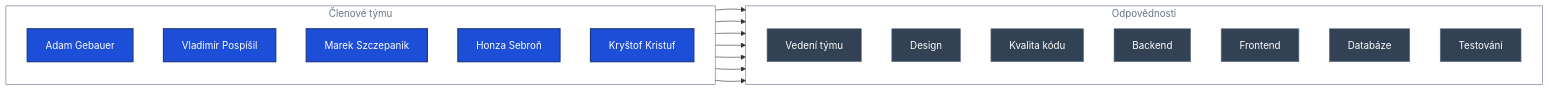
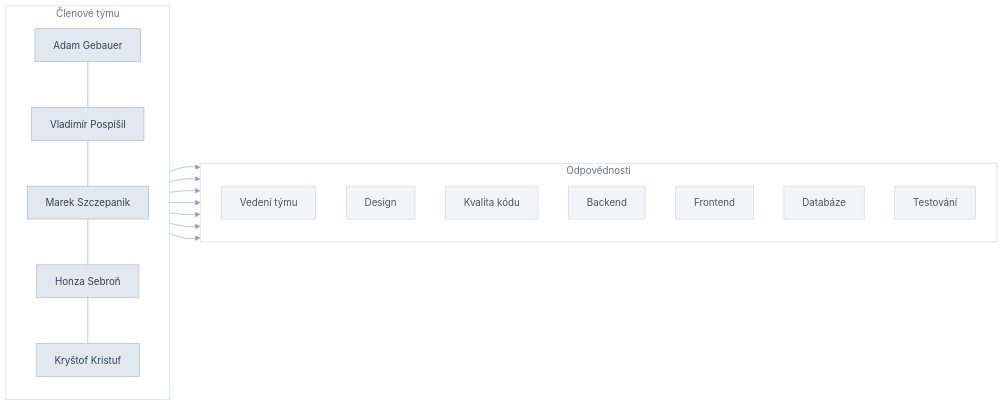
Before and after one commit to KulisciOsu/StudentFlow: the diagram in README.md, drawn with Mermaid.

Commit message:
Revise team roles and update styling in README
Updated styles and responsibilities in the README.

````diff
--- a/README.md
+++ b/README.md
@@ -13,39 +13,46 @@
 ```mermaid
 flowchart LR
     subgraph TEAM["Členové týmu"]
         direction TB
         A["Adam Gebauer"]
         V["Vladimír Pospíšil"]
         M["Marek Szczepanik"]
         H["Honza Sebroň"]
         K["Kryštof Kristuf"]
+
+        A ~~~ V
+        V ~~~ M
+        M ~~~ H
+        H ~~~ K
     end
 
     subgraph RESPONSIBILITIES["Odpovědnosti"]
         direction TB
         LEAD["Vedení týmu"]
         DESIGN["Design"]
         QUALITY["Kvalita kódu"]
         BACKEND["Backend"]
         FRONTEND["Frontend"]
         DATABASE["Databáze"]
         TESTING["Testování"]
     end
 
     A --> LEAD
     A --> DESIGN
     V --> QUALITY
     M --> BACKEND
     M --> FRONTEND
     H --> DATABASE
     K --> TESTING
 
-    classDef person fill:#1d4ed8,stroke:#1e3a8a,color:#ffffff,stroke-width:2px
-    classDef responsibility fill:#334155,stroke:#64748b,color:#ffffff,stroke-width:1px
+    classDef person fill:#e2e8f0,stroke:#a8b5c5,color:#334155,stroke-width:1px
+    classDef responsibility fill:#f1f5f9,stroke:#cbd5e1,color:#475569,stroke-width:1px
 
     class A,V,M,H,K person
     class LEAD,DESIGN,QUALITY,BACKEND,FRONTEND,DATABASE,TESTING responsibility
 
-    style TEAM fill:transparent,stroke:#64748b,color:#64748b
-    style RESPONSIBILITIES fill:transparent,stroke:#64748b,color:#64748b
+    style TEAM fill:transparent,stroke:#cbd5e1,color:#64748b
+    style RESPONSIBILITIES fill:transparent,stroke:#cbd5e1,color:#64748b
+
+    linkStyle default stroke:#94a3b8,stroke-width:1px
 ```
````
